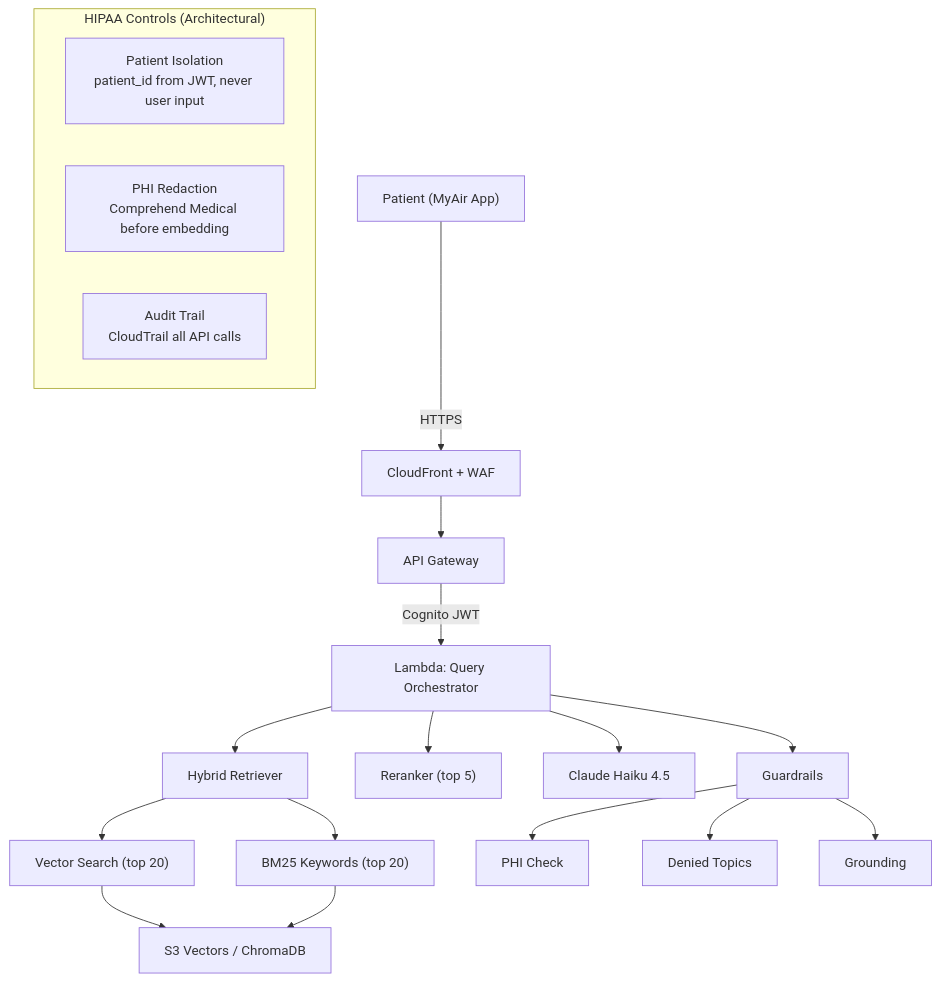
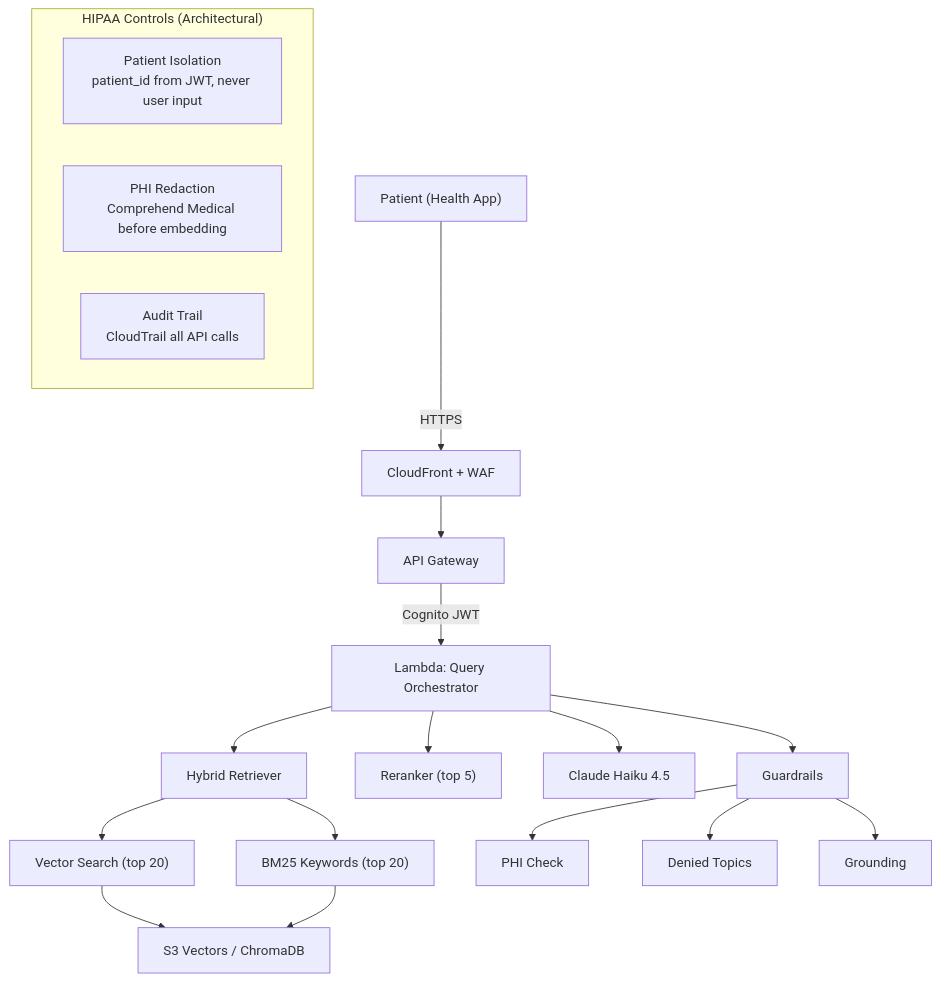
Before and after one commit to melroyanthony/healthstream-rag: the diagram in README.md, drawn with Mermaid. The commit also changed other lines of this file and 26 other files, not shown here.

````diff
--- a/README.md
+++ b/README.md
@@ -16,25 +27,25 @@
 ```mermaid
 graph TB
-    Patient["Patient (MyAir App)"] -->|HTTPS| CF["CloudFront + WAF"]
+    Patient["Patient (Health App)"] -->|HTTPS| CF["CloudFront + WAF"]
     CF --> APIGW["API Gateway"]
     APIGW -->|Cognito JWT| Lambda["Lambda: Query Orchestrator"]
 
     Lambda --> HR["Hybrid Retriever"]
     HR --> VR["Vector Search (top 20)"]
     HR --> BM["BM25 Keywords (top 20)"]
     VR --> S3V["S3 Vectors / ChromaDB"]
     BM --> S3V
 
     Lambda --> RR["Reranker (top 5)"]
     Lambda --> LLM["Claude Haiku 4.5"]
     Lambda --> GR["Guardrails"]
     GR --> PHI["PHI Check"]
     GR --> TOPIC["Denied Topics"]
     GR --> GROUND["Grounding"]
 
     subgraph "HIPAA Controls (Architectural)"
         ISO["Patient Isolation<br/>patient_id from JWT, never user input"]
         REDACT["PHI Redaction<br/>Comprehend Medical before embedding"]
         AUDIT["Audit Trail<br/>CloudTrail all API calls"]
     end
 ```
````
